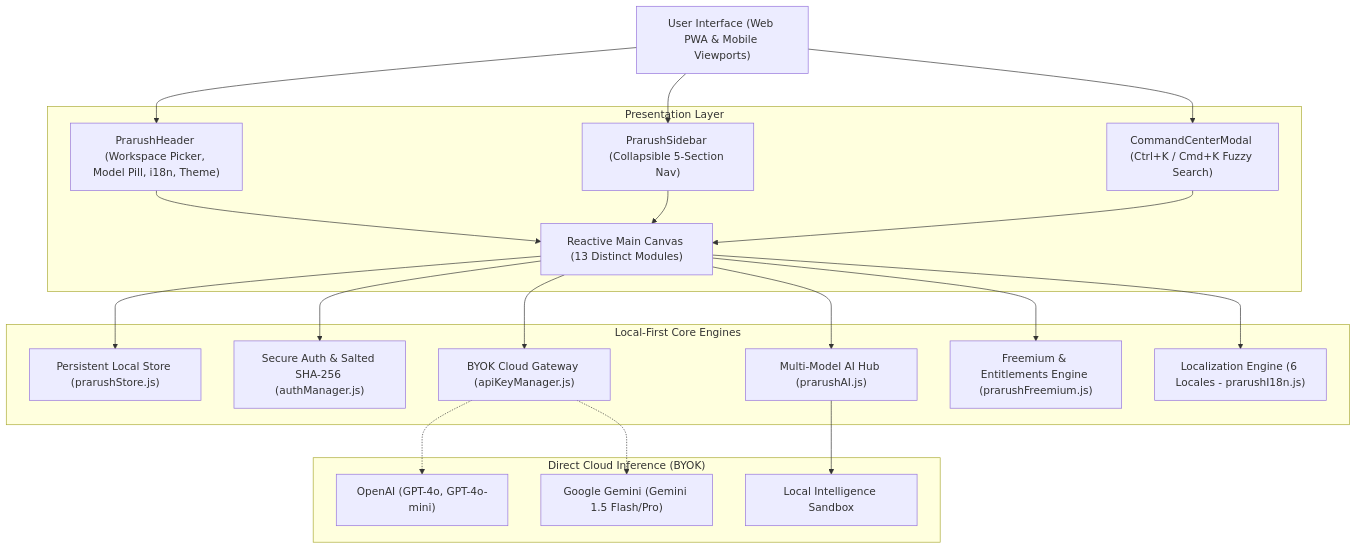
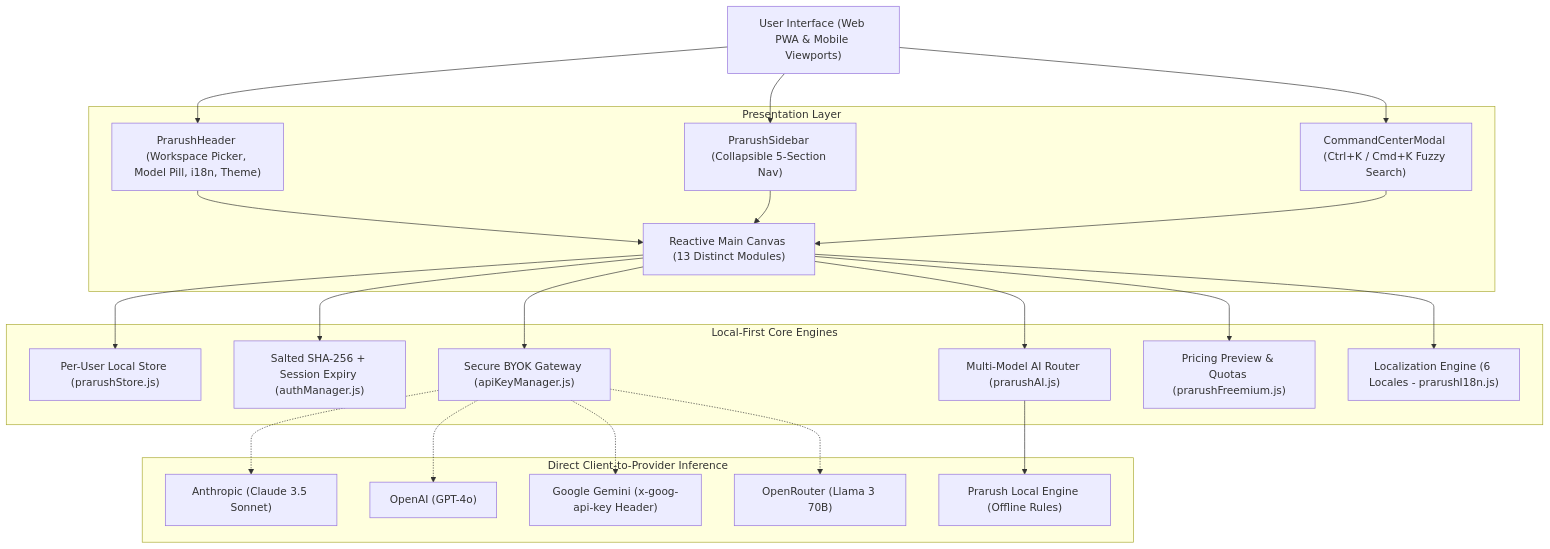
The diagram in README.md (Pratham4908/Prarush), drawn with Mermaid before and after one commit. The commit also changed other lines of this file and 16 other files, not shown here.

````diff
--- a/README.md
+++ b/README.md
@@ -57,44 +63,48 @@
 ```mermaid
 graph TD
     User["User Interface (Web PWA & Mobile Viewports)"]
 
     subgraph Presentation ["Presentation Layer"]
         Header["PrarushHeader (Workspace Picker, Model Pill, i18n, Theme)"]
         Sidebar["PrarushSidebar (Collapsible 5-Section Nav)"]
         CommandPalette["CommandCenterModal (Ctrl+K / Cmd+K Fuzzy Search)"]
         Canvas["Reactive Main Canvas (13 Distinct Modules)"]
     end
 
     subgraph LocalEngines ["Local-First Core Engines"]
-        Store["Persistent Local Store (prarushStore.js)"]
-        Auth["Secure Auth & Salted SHA-256 (authManager.js)"]
-        BYOK["BYOK Cloud Gateway (apiKeyManager.js)"]
-        AIHub["Multi-Model AI Hub (prarushAI.js)"]
-        Freemium["Freemium & Entitlements Engine (prarushFreemium.js)"]
+        Store["Per-User Local Store (prarushStore.js)"]
+        Auth["Salted SHA-256 + Session Expiry (authManager.js)"]
+        BYOK["Secure BYOK Gateway (apiKeyManager.js)"]
+        AIHub["Multi-Model AI Router (prarushAI.js)"]
+        Freemium["Pricing Preview & Quotas (prarushFreemium.js)"]
         i18n["Localization Engine (6 Locales - prarushI18n.js)"]
     end
 
-    subgraph Providers ["Direct Cloud Inference (BYOK)"]
-        OpenAI["OpenAI (GPT-4o, GPT-4o-mini)"]
-        Gemini["Google Gemini (Gemini 1.5 Flash/Pro)"]
-        LocalModel["Local Intelligence Sandbox"]
+    subgraph Providers ["Direct Client-to-Provider Inference"]
+        Anthropic["Anthropic (Claude 3.5 Sonnet)"]
+        OpenAI["OpenAI (GPT-4o)"]
+        Gemini["Google Gemini (x-goog-api-key Header)"]
+        OpenRouter["OpenRouter (Llama 3 70B)"]
+        LocalEngine["Prarush Local Engine (Offline Rules)"]
     end
 
     User --> Header
     User --> Sidebar
     User --> CommandPalette
     Header --> Canvas
     Sidebar --> Canvas
     CommandPalette --> Canvas
 
     Canvas --> Store
     Canvas --> Auth
     Canvas --> BYOK
     Canvas --> AIHub
     Canvas --> Freemium
     Canvas --> i18n
 
+    BYOK -.-> Anthropic
     BYOK -.-> OpenAI
     BYOK -.-> Gemini
-    AIHub --> LocalModel
+    BYOK -.-> OpenRouter
+    AIHub --> LocalEngine
 ```
````
